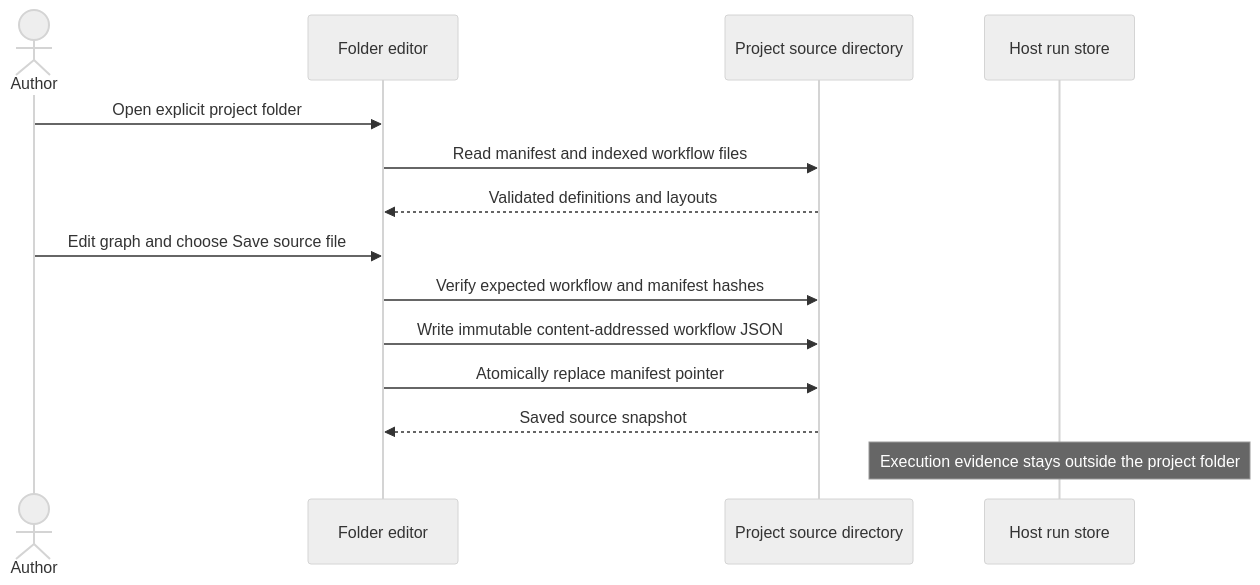
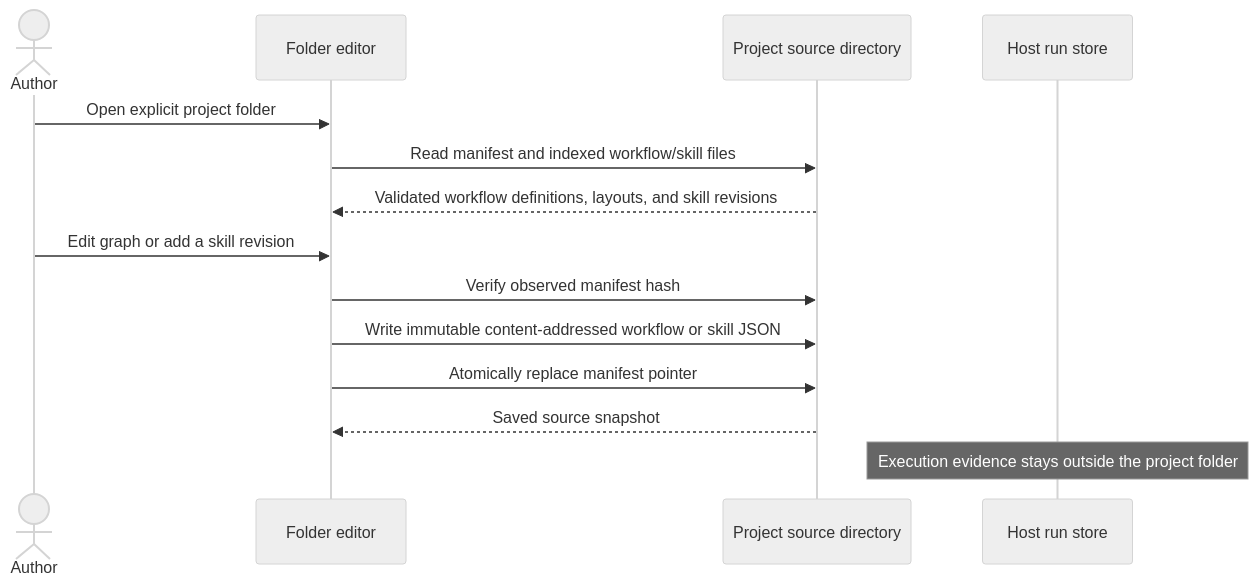
Before and after one commit to gnalvesteffer/visual-agent-workflow: the second of 5 diagrams in docs/architecture.md, drawn with Mermaid (neutral theme). The commit also changed other lines of this file and 13 other files, not shown here.

Commit message:
Edit immutable skills in folder projects

````diff
--- a/docs/architecture.md
+++ b/docs/architecture.md
@@ -48,16 +48,16 @@
 ```mermaid
 sequenceDiagram
     actor Author
     participant Editor as Folder editor
     participant Source as Project source directory
     participant Runs as Host run store
     Author->>Editor: Open explicit project folder
-    Editor->>Source: Read manifest and indexed workflow files
-    Source-->>Editor: Validated definitions and layouts
-    Author->>Editor: Edit graph and choose Save source file
-    Editor->>Source: Verify expected workflow and manifest hashes
-    Editor->>Source: Write immutable content-addressed workflow JSON
+    Editor->>Source: Read manifest and indexed workflow/skill files
+    Source-->>Editor: Validated workflow definitions, layouts, and skill revisions
+    Author->>Editor: Edit graph or add a skill revision
+    Editor->>Source: Verify observed manifest hash
+    Editor->>Source: Write immutable content-addressed workflow or skill JSON
     Editor->>Source: Atomically replace manifest pointer
     Source-->>Editor: Saved source snapshot
     Note over Runs: Execution evidence stays outside the project folder
 ```
````
